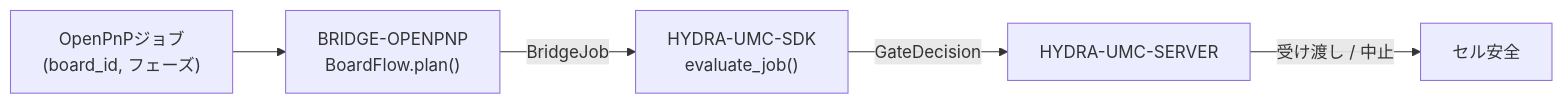
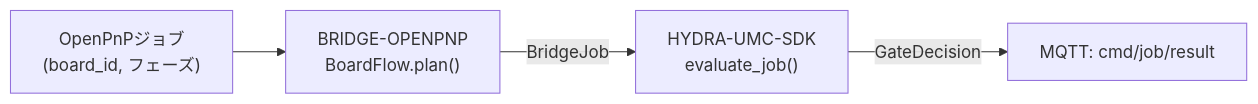
One commit to JuanenRac/HYDRA-UMC-BRIDGE-OPENPNP changed the diagram in README_jpn.md. Above: the diagram before and after it, drawn with Mermaid. The commit also changed other lines of this file and 22 other files, not shown here.

````diff
--- a/README_jpn.md
+++ b/README_jpn.md
@@ -50,7 +51,6 @@
 ```mermaid
 flowchart LR
     JOB["OpenPnPジョブ<br/>(board_id, フェーズ)"] --> BRIDGE["BRIDGE-OPENPNP<br/>BoardFlow.plan()"]
     BRIDGE -- BridgeJob --> SDK["HYDRA-UMC-SDK<br/>evaluate_job()"]
-    SDK -- GateDecision --> SERVER["HYDRA-UMC-SERVER"]
-    SERVER -- "受け渡し / 中止" --> CELL["セル安全"]
+    SDK -- GateDecision --> RESULT["MQTT: cmd/job/result"]
 ```
````
